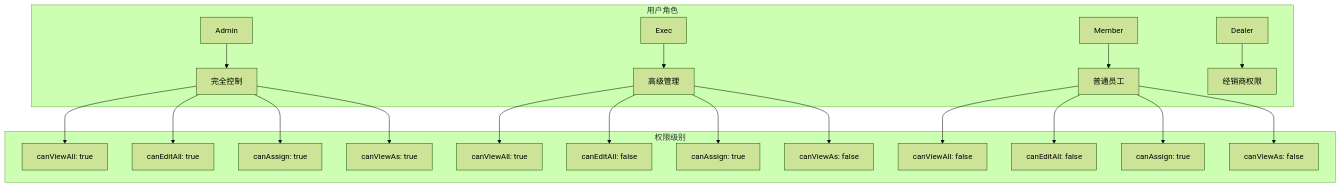
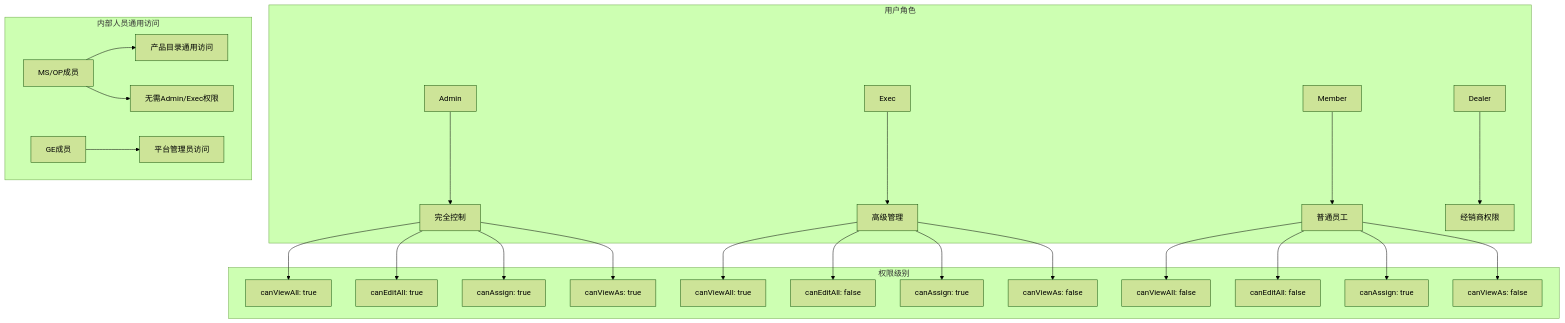
The sixth of 36 diagrams in .qoder/repowiki/zh/content/开发指南/Service PRD_P2 服务产品需求文档.md (CubeEdge/Longhorn), drawn with Mermaid (forest theme) before and after one commit. The commit also changed other lines of this file and 26 other files, not shown here.

````diff
--- a/.qoder/repowiki/zh/content/开发指南/Service PRD_P2 服务产品需求文档.md
+++ b/.qoder/repowiki/zh/content/开发指南/Service PRD_P2 服务产品需求文档.md
@@ -351,23 +350,28 @@
 ```mermaid
 graph TB
 subgraph "用户角色"
 A[Admin] --> A1[完全控制]
 B[Exec] --> B1[高级管理]
 C[Member] --> C1[普通员工]
 D[Dealer] --> D1[经销商权限]
 end
 subgraph "权限级别"
 A1 --> E[canViewAll: true]
 A1 --> F[canEditAll: true]
 A1 --> G[canAssign: true]
 A1 --> H[canViewAs: true]
 B1 --> I[canViewAll: true]
 B1 --> J[canEditAll: false]
 B1 --> K[canAssign: true]
 B1 --> L[canViewAs: false]
 C1 --> M[canViewAll: false]
 C1 --> N[canEditAll: false]
 C1 --> O[canAssign: true]
 C1 --> P[canViewAs: false]
 end
+subgraph "内部人员通用访问"
+Q[MS/OP成员] --> Q1[产品目录通用访问]
+Q --> Q2[无需Admin/Exec权限]
+R[GE成员] --> R1[平台管理员访问]
+end
 ```
````
